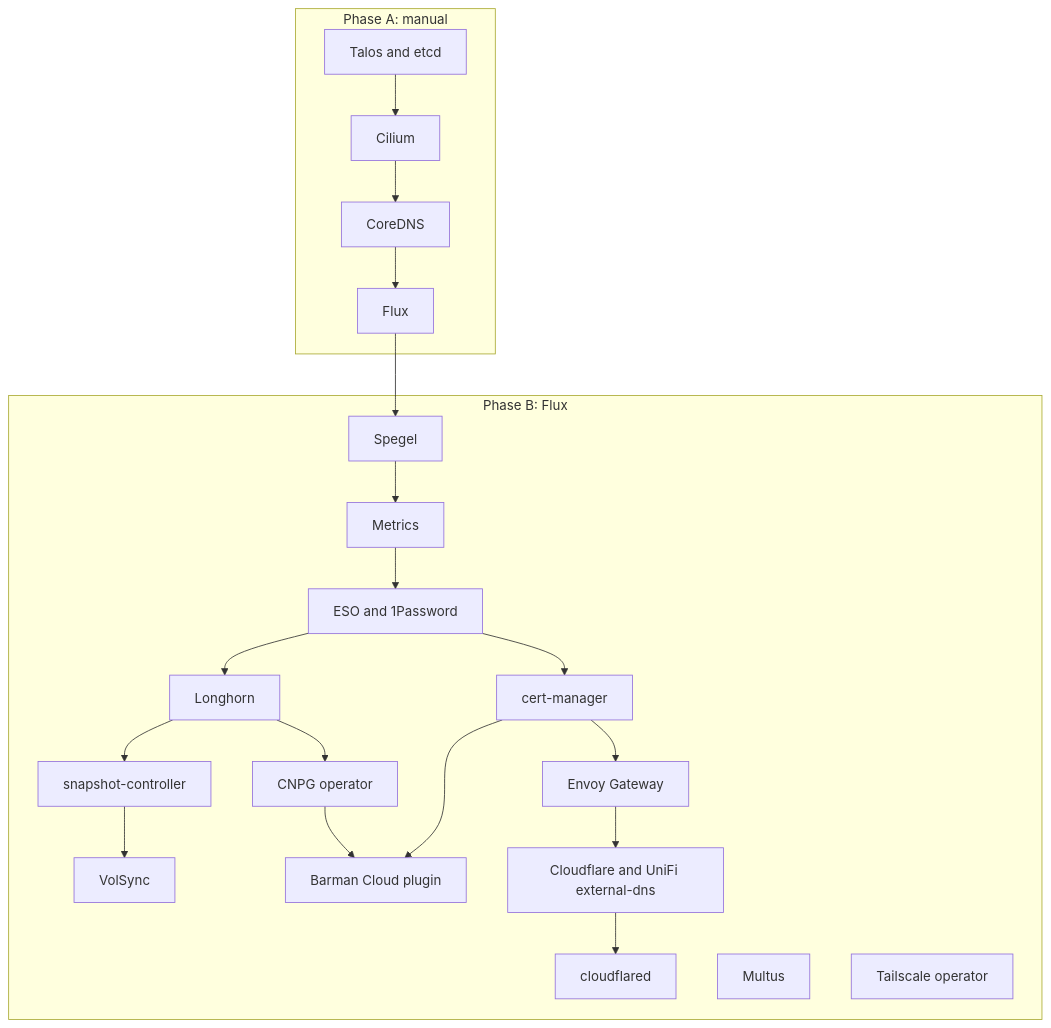
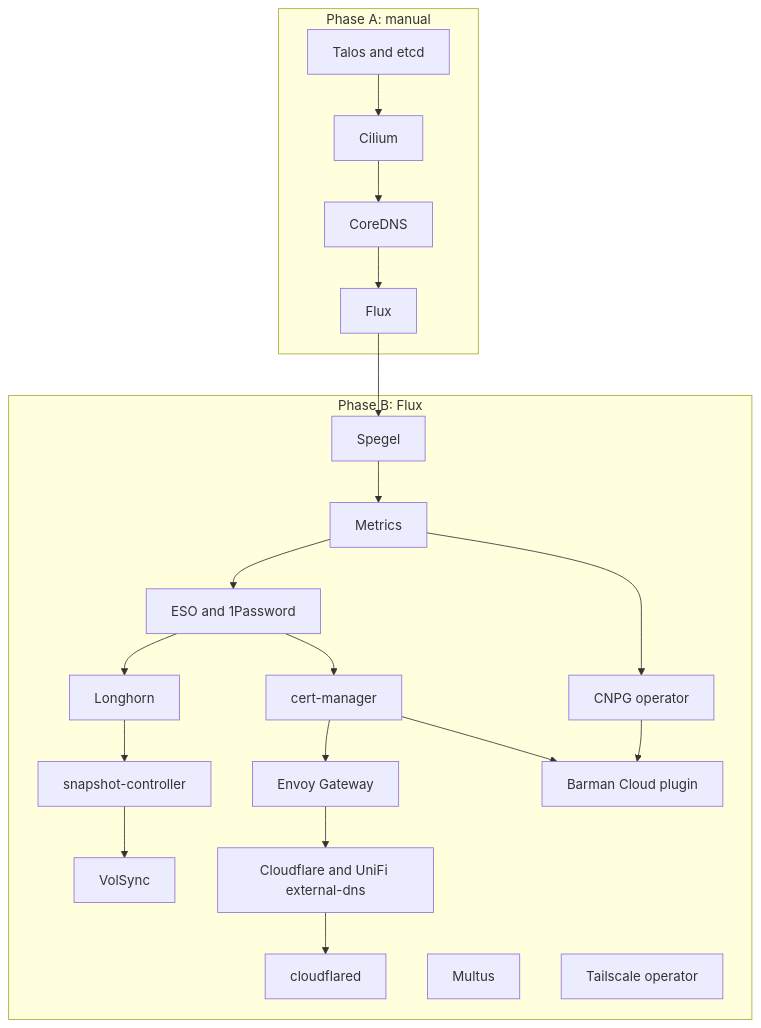
Before and after one commit to evanmoelter/hcc: the second of 2 diagrams in plans/20260816-talos-migration.md, drawn with Mermaid. The commit also changed other lines of this file and 13 other files, not shown here.

First line of the commit message:
feat(apollo): add CNPG operator and Barman Cloud plugin (#265)

````diff
--- a/plans/20260816-talos-migration.md
+++ b/plans/20260816-talos-migration.md
@@ -192,17 +192,17 @@
 ```mermaid
 flowchart TD
     subgraph A["Phase A: manual"]
         talos["Talos and etcd"] --> cilium["Cilium"] --> dns["CoreDNS"] --> flux["Flux"]
     end
     subgraph B["Phase B: Flux"]
         spegel["Spegel"] --> metrics["Metrics"] --> eso["ESO and 1Password"]
         eso --> cert["cert-manager"] --> envoy["Envoy Gateway"]
         eso --> longhorn["Longhorn"] --> snapshots["snapshot-controller"] --> volsync["VolSync"]
-        longhorn --> cnpg["CNPG operator"] --> barman["Barman Cloud plugin"]
+        metrics --> cnpg["CNPG operator"] --> barman["Barman Cloud plugin"]
         cert --> barman
         envoy --> externaldns["Cloudflare and UniFi external-dns"] --> cloudflared["cloudflared"]
         multus["Multus"]
         tailscale["Tailscale operator"]
     end
     flux --> spegel
 ```
````
